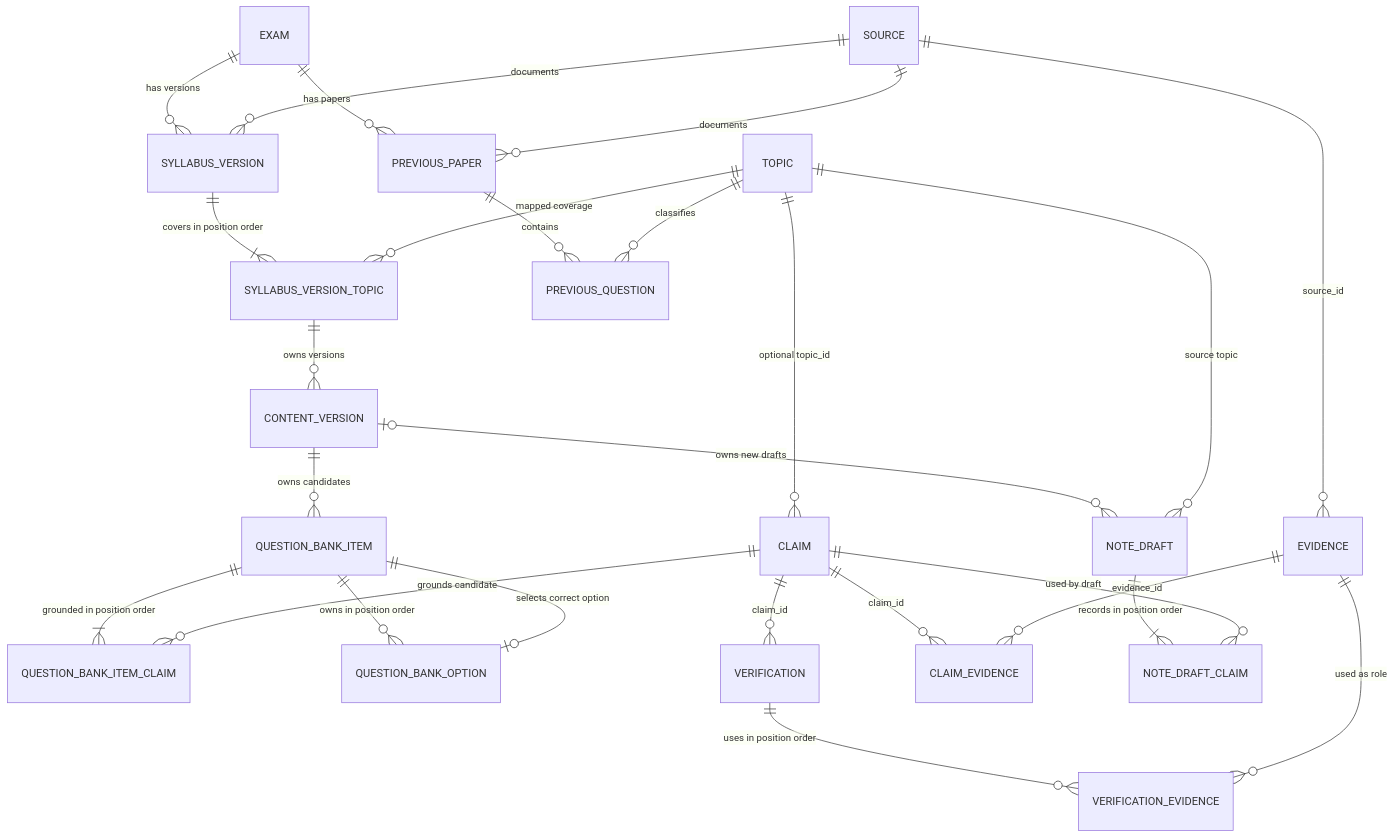
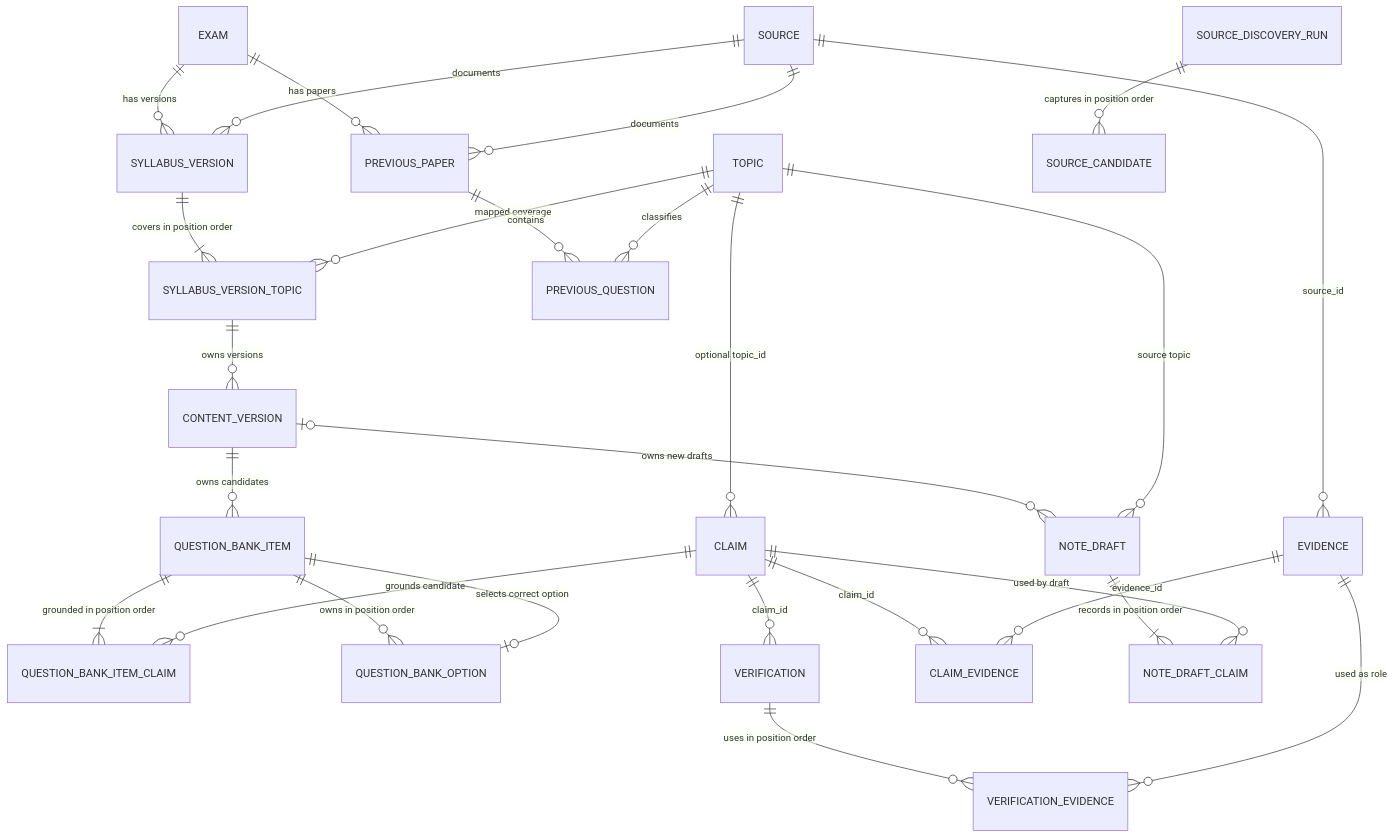
One commit to Dyuti60/assam-exam-ai changed the third of 4 diagrams in docs/architecture.md. Above: the diagram before and after it, drawn with Mermaid. The commit also changed other lines of this file and 12 other files, not shown here.

Commit message:
feat: persist source discovery run and candidate snapshots

````diff
--- a/docs/architecture.md
+++ b/docs/architecture.md
@@ -70,28 +70,29 @@
 ```mermaid
 erDiagram
     EXAM ||--o{ SYLLABUS_VERSION : "has versions"
     SOURCE ||--o{ SYLLABUS_VERSION : "documents"
     SYLLABUS_VERSION ||--|{ SYLLABUS_VERSION_TOPIC : "covers in position order"
     TOPIC ||--o{ SYLLABUS_VERSION_TOPIC : "mapped coverage"
     SYLLABUS_VERSION_TOPIC ||--o{ CONTENT_VERSION : "owns versions"
     CONTENT_VERSION ||--o{ QUESTION_BANK_ITEM : "owns candidates"
     CONTENT_VERSION o|--o{ NOTE_DRAFT : "owns new drafts"
     QUESTION_BANK_ITEM ||--|{ QUESTION_BANK_ITEM_CLAIM : "grounded in position order"
     CLAIM ||--o{ QUESTION_BANK_ITEM_CLAIM : "grounds candidate"
     QUESTION_BANK_ITEM ||--o{ QUESTION_BANK_OPTION : "owns in position order"
     QUESTION_BANK_ITEM ||--o| QUESTION_BANK_OPTION : "selects correct option"
     EXAM ||--o{ PREVIOUS_PAPER : "has papers"
     SOURCE ||--o{ PREVIOUS_PAPER : "documents"
     PREVIOUS_PAPER ||--o{ PREVIOUS_QUESTION : "contains"
     TOPIC ||--o{ PREVIOUS_QUESTION : "classifies"
     TOPIC ||--o{ CLAIM : "optional topic_id"
+    SOURCE_DISCOVERY_RUN ||--o{ SOURCE_CANDIDATE : "captures in position order"
     SOURCE ||--o{ EVIDENCE : "source_id"
     CLAIM ||--o{ VERIFICATION : "claim_id"
     CLAIM ||--o{ CLAIM_EVIDENCE : "claim_id"
     EVIDENCE ||--o{ CLAIM_EVIDENCE : "evidence_id"
     VERIFICATION ||--o{ VERIFICATION_EVIDENCE : "uses in position order"
     EVIDENCE ||--o{ VERIFICATION_EVIDENCE : "used as role"
     TOPIC ||--o{ NOTE_DRAFT : "source topic"
     NOTE_DRAFT ||--|{ NOTE_DRAFT_CLAIM : "records in position order"
     CLAIM ||--o{ NOTE_DRAFT_CLAIM : "used by draft"
 ```
````
